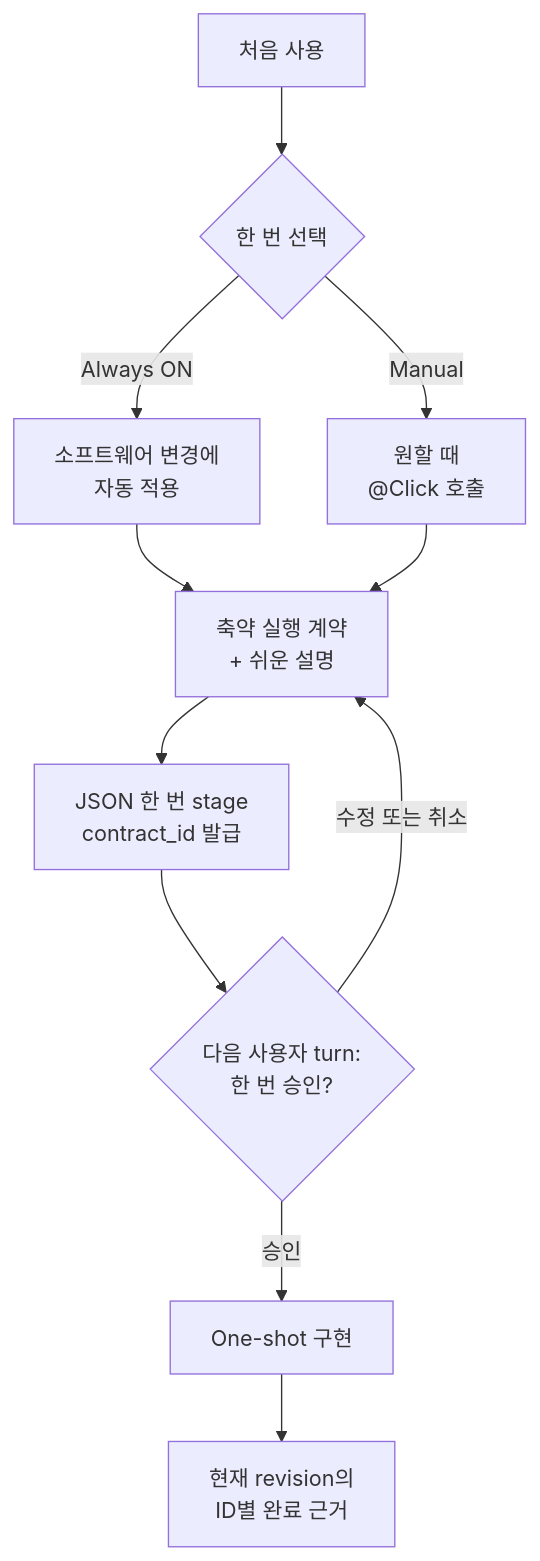
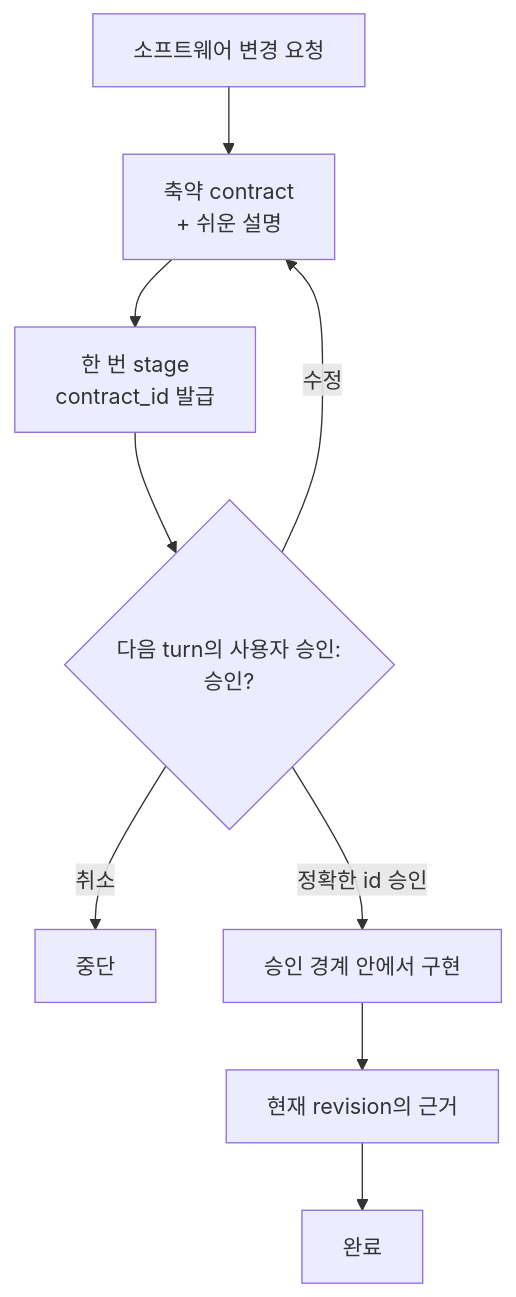
Before and after one commit to grapefruit0205/build-brief: the diagram in README.ko.md, drawn with Mermaid. The commit also changed other lines of this file and 4 other files, not shown here.

````diff
--- a/README.ko.md
+++ b/README.ko.md
@@ -102,13 +100,11 @@
 ```mermaid
 flowchart TB
-    A["처음 사용"] --> B{"한 번 선택"}
-    B -->|Always ON| C["소프트웨어 변경에<br/>자동 적용"]
-    B -->|Manual| D["원할 때<br/>@Click 호출"]
-    C --> E["축약 실행 계약<br/>+ 쉬운 설명"]
-    D --> E
-    E --> F["JSON 한 번 stage<br/>contract_id 발급"]
-    F --> I{"다음 사용자 turn:<br/>한 번 승인?"}
-    I -->|수정 또는 취소| E
-    I -->|승인| G["One-shot 구현"]
-    G --> H["현재 revision의<br/>ID별 완료 근거"]
+    A["소프트웨어 변경 요청"] --> B["축약 contract<br/>+ 쉬운 설명"]
+    B --> C["한 번 stage<br/>contract_id 발급"]
+    C --> D{"다음 turn의 사용자 승인:<br/>승인?"}
+    D -->|수정| B
+    D -->|취소| X["중단"]
+    D -->|정확한 id 승인| E["승인 경계 안에서 구현"]
+    E --> F["현재 revision의 근거"]
+    F --> G["완료"]
 ```
````
